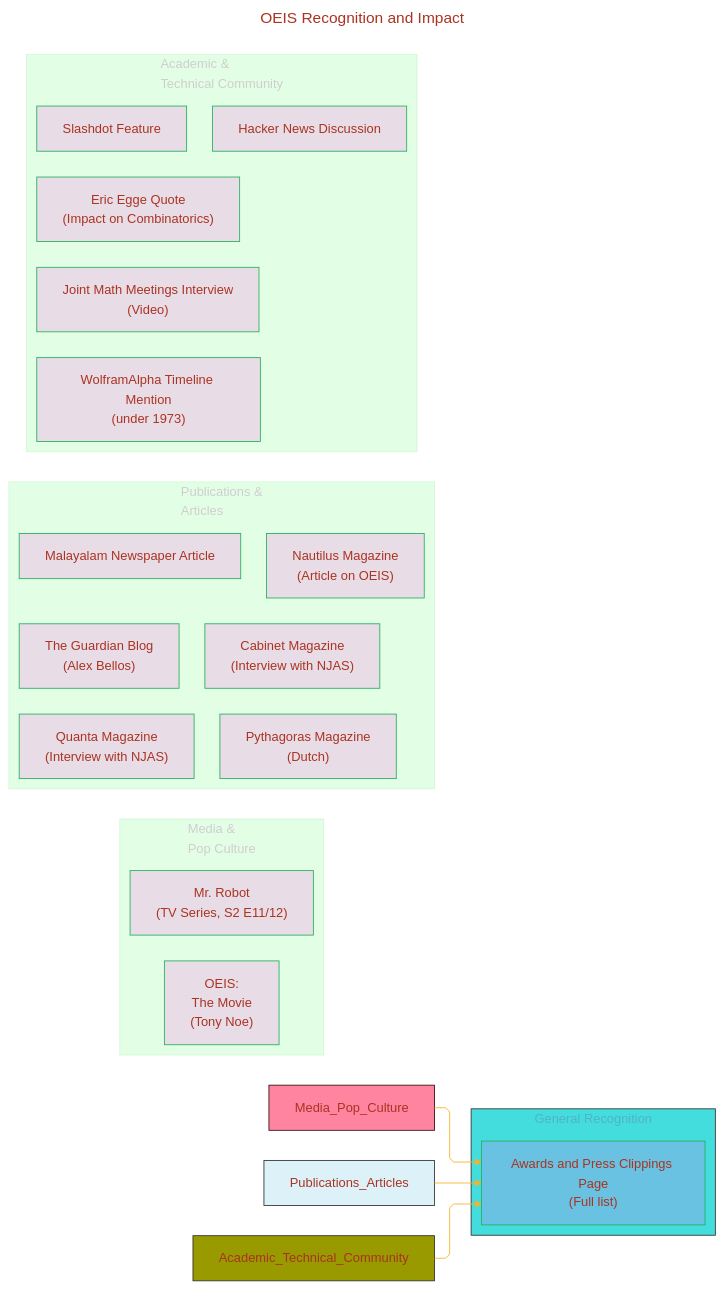
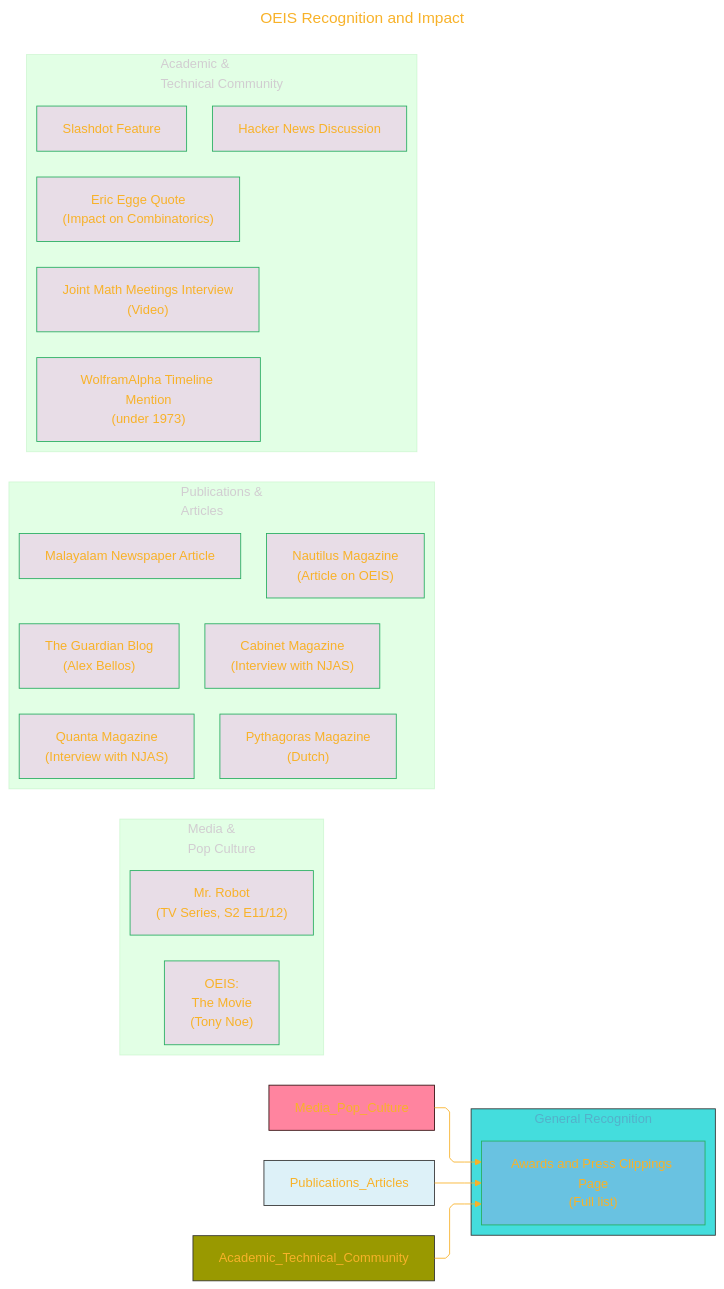
Before and after one commit to CongLeSolutionX/NumberVerse: the eighth of 8 diagrams in resources/OEIS/Visualizing_The_On_Line_Encyclopedia_of_Integer_Sequences_Draft.md, drawn with Mermaid. The commit also changed 4 other files, not shown here.

````diff
--- a/resources/OEIS/Visualizing_The_On_Line_Encyclopedia_of_Integer_Sequences_Draft.md
+++ b/resources/OEIS/Visualizing_The_On_Line_Encyclopedia_of_Integer_Sequences_Draft.md
@@ -551,70 +551,70 @@
 ```mermaid
 ---
 title: "OEIS Recognition and Impact"
 author: "Cong Le"
 version: "1.0"
 license(s): "MIT, CC BY-SA 4.0"
 copyright: "Copyright (c) 2025 Cong Le. All Rights Reserved."
 config:
   layout: elk
   theme: base
 ---
 %%%%%%%% Mermaid version v11.4.1-b.14
 %%%%%%%% Available curve styles include the following keywords:
 %% basis, bumpX, bumpY, cardinal, catmullRom, linear, monotoneX, monotoneY, natural, step, stepAfter, stepBefore.
 %%{
   init: {
     'securityLevel': 'loose',
     'flowchart': { 'htmlLabels': true, 'curve': 'linear' },
     'fontFamily': 'Monaco',
     'themeVariables': {
       'primaryColor': '#F5E3',
-      'primaryTextColor': '#A32',
+      'primaryTextColor': '#F8B229',
       'lineColor': '#F8B229',
       'primaryBorderColor': '#27AE60',
       'secondaryColor': '#EBDEF0',
       'secondaryTextColor': '#6C3483',
       'secondaryBorderColor': '#A569BD',
       'fontSize': '15px'
     }
   }
 }%%
 flowchart LR
     subgraph Media_and_Pop_Culture["Media &<br/> Pop Culture"]
         TV_MrRobot["Mr. Robot<br/>(TV Series, S2 E11/12)"]
         Movie_OEIS["OEIS:<br/>The Movie<br/>(Tony Noe)"]
     end
 
     subgraph Publications_and_Articles["Publications &<br/> Articles"]
     direction TB
         PythagorasMag["Pythagoras Magazine<br/>(Dutch)"]
         CabinetMag["Cabinet Magazine<br/>(Interview with NJAS)"]
         NautilusMag["Nautilus Magazine<br/>(Article on OEIS)"]
         QuantaMag["Quanta Magazine<br/>(Interview with NJAS)"]
         GuardianBlog["The Guardian Blog<br/>(Alex Bellos)"]
         MalayalamPaper["Malayalam Newspaper Article"]
     end
 
     subgraph Academic_and_Technical_Community["Academic &<br/> Technical Community"]
     direction TB
         EricEgge["Eric Egge Quote<br/>(Impact on Combinatorics)"]
         Slashdot["Slashdot Feature"]
         HackerNews["Hacker News Discussion"]
         WolframTimeline["WolframAlpha Timeline Mention<br/>(under 1973)"]
         JMM_Interview["Joint Math Meetings Interview<br/>(Video)"]
     end
 
     subgraph General_Recognition["General Recognition"]
         AwardsPage["Awards and Press Clippings Page<br/>(Full list)"]
     end
 
     Media_Pop_Culture --> AwardsPage
     Publications_Articles --> AwardsPage
     Academic_Technical_Community --> AwardsPage
 
     style Media_Pop_Culture fill:#f68c,stroke:#311,stroke-width:1px
     style Publications_Articles fill:#ade6,stroke:#333,stroke-width:1px
     style Academic_Technical_Community fill:#990,stroke:#333,stroke-width:1px
     style General_Recognition fill:#4dd,stroke:#333,stroke-width:1px
     
 ```
````
